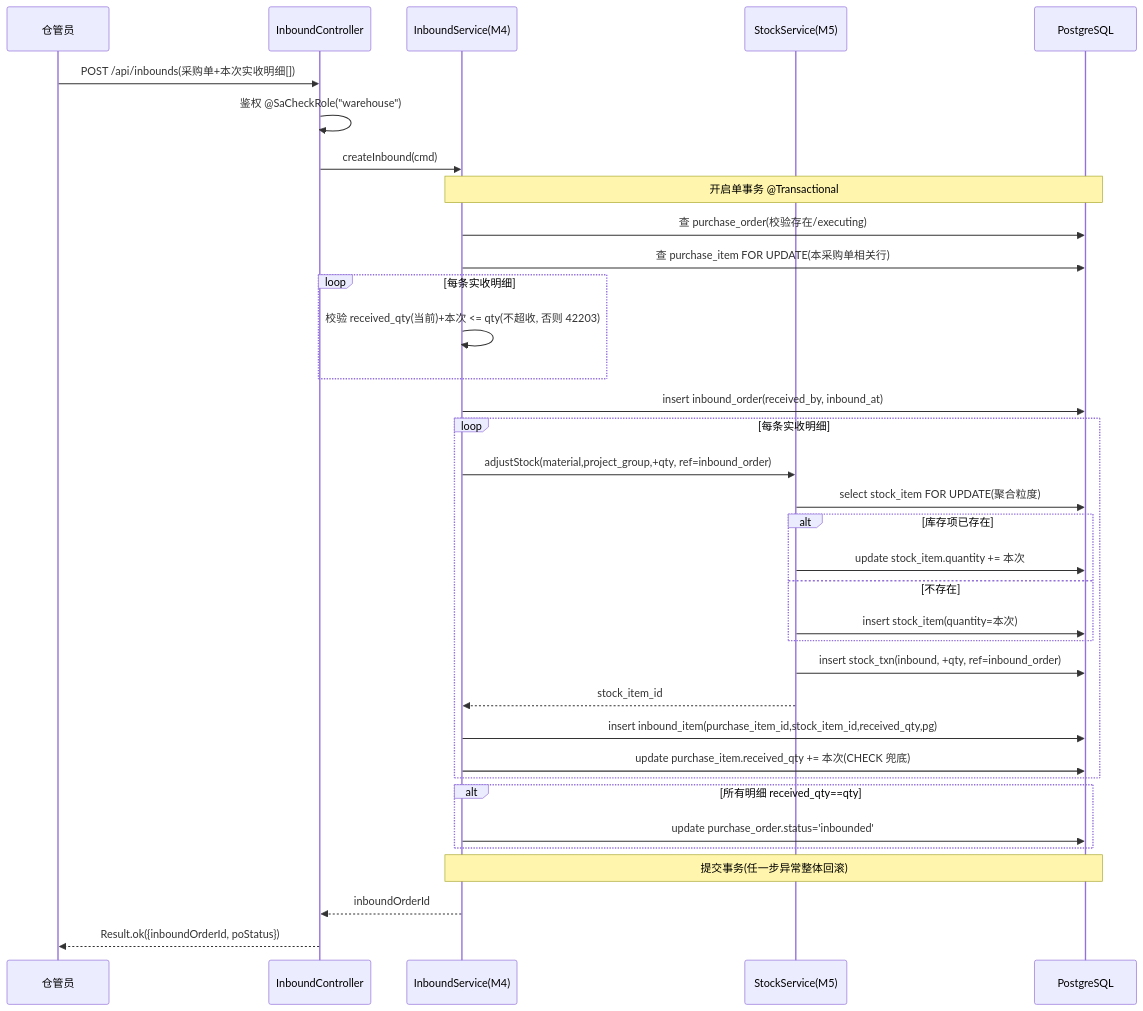
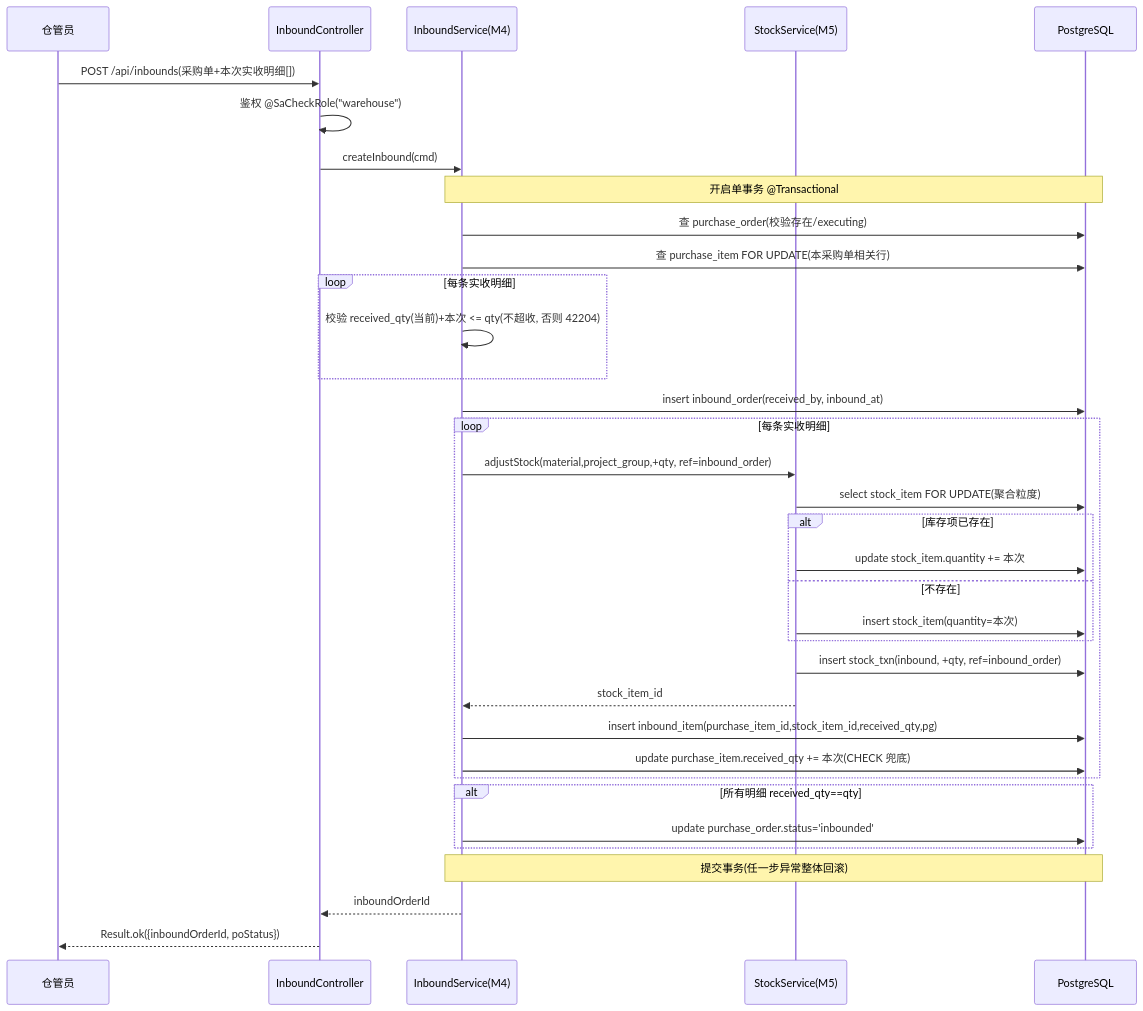
The first of 2 diagrams in docs/design/detail/U9-inbound.md (jamesking-sys/purchase), drawn with Mermaid before and after one commit. The commit also changed other lines of this file and 172 other files, not shown here.

````diff
--- a/docs/design/detail/U9-inbound.md
+++ b/docs/design/detail/U9-inbound.md
@@ -69,37 +69,37 @@
 ```mermaid
 sequenceDiagram
     participant W as 仓管员
     participant C as InboundController
     participant S4 as InboundService(M4)
     participant S5 as StockService(M5)
     participant DB as PostgreSQL
     W->>C: POST /api/inbounds(采购单+本次实收明细[])
     C->>C: 鉴权 @SaCheckRole("warehouse")
     C->>S4: createInbound(cmd)
     Note over S4,DB: 开启单事务 @Transactional
     S4->>DB: 查 purchase_order(校验存在/executing)
     S4->>DB: 查 purchase_item FOR UPDATE(本采购单相关行)
     loop 每条实收明细
-        S4->>S4: 校验 received_qty(当前)+本次 <= qty(不超收, 否则 42203)
+        S4->>S4: 校验 received_qty(当前)+本次 <= qty(不超收, 否则 42204)
     end
     S4->>DB: insert inbound_order(received_by, inbound_at)
     loop 每条实收明细
         S4->>S5: adjustStock(material,project_group,+qty, ref=inbound_order)
         S5->>DB: select stock_item FOR UPDATE(聚合粒度)
         alt 库存项已存在
             S5->>DB: update stock_item.quantity += 本次
         else 不存在
             S5->>DB: insert stock_item(quantity=本次)
         end
         S5->>DB: insert stock_txn(inbound, +qty, ref=inbound_order)
         S5-->>S4: stock_item_id
         S4->>DB: insert inbound_item(purchase_item_id,stock_item_id,received_qty,pg)
         S4->>DB: update purchase_item.received_qty += 本次(CHECK 兜底)
     end
     alt 所有明细 received_qty==qty
         S4->>DB: update purchase_order.status='inbounded'
     end
     Note over S4,DB: 提交事务(任一步异常整体回滚)
     S4-->>C: inboundOrderId
     C-->>W: Result.ok({inboundOrderId, poStatus})
 ```
````
